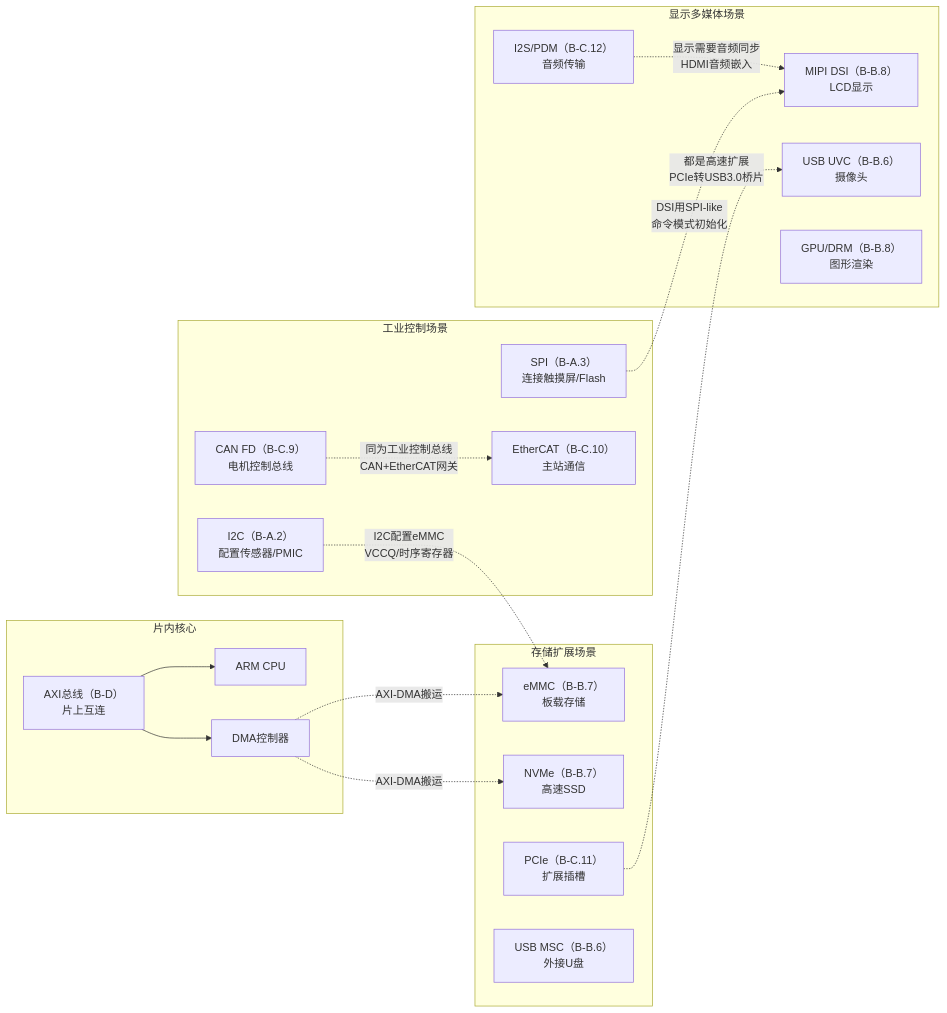
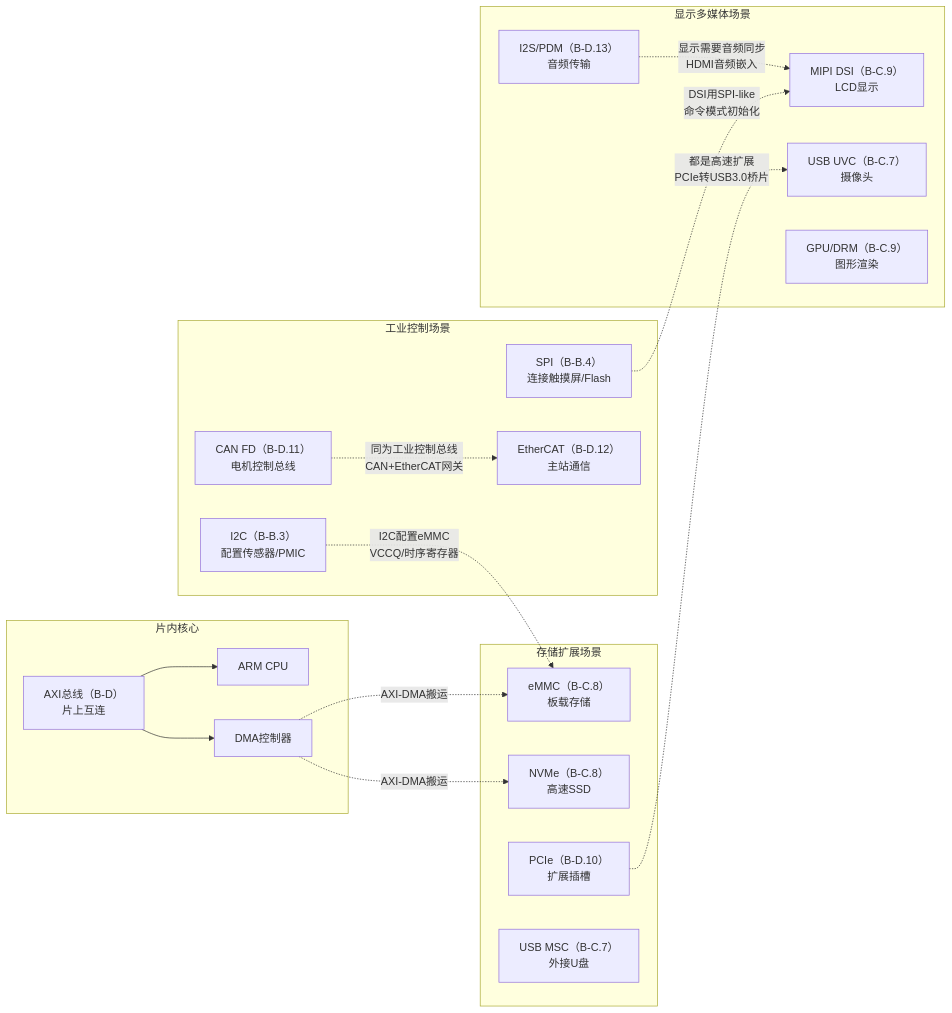
Before and after one commit to xiaohong0925/Embedded_Knowledge_System_V2026: the second of 3 diagrams in docs/B. 总线协议/知识图谱/B.99_知识图谱.md, drawn with Mermaid. The commit also changed other lines of this file and 124 other files, not shown here.

````diff
--- a/docs/B. 总线协议/知识图谱/B.99_知识图谱.md
+++ b/docs/B. 总线协议/知识图谱/B.99_知识图谱.md
@@ -212,39 +212,39 @@
 ```mermaid
 flowchart LR
     subgraph INDUSTRIAL["工业控制场景"]
-        I2C["I2C（B-A.2）<br/>配置传感器/PMIC"]
-        SPI["SPI（B-A.3）<br/>连接触摸屏/Flash"]
-        CAN["CAN FD（B-C.9）<br/>电机控制总线"]
-        ETH["EtherCAT（B-C.10）<br/>主站通信"]
+        I2C["I2C（B-B.3）<br/>配置传感器/PMIC"]
+        SPI["SPI（B-B.4）<br/>连接触摸屏/Flash"]
+        CAN["CAN FD（B-D.11）<br/>电机控制总线"]
+        ETH["EtherCAT（B-D.12）<br/>主站通信"]
     end
 
     subgraph DISPLAY["显示多媒体场景"]
-        MIPI["MIPI DSI（B-B.8）<br/>LCD显示"]
-        I2S["I2S/PDM（B-C.12）<br/>音频传输"]
-        USB_UVC["USB UVC（B-B.6）<br/>摄像头"]
-        GPU["GPU/DRM（B-B.8）<br/>图形渲染"]
+        MIPI["MIPI DSI（B-C.9）<br/>LCD显示"]
+        I2S["I2S/PDM（B-D.13）<br/>音频传输"]
+        USB_UVC["USB UVC（B-C.7）<br/>摄像头"]
+        GPU["GPU/DRM（B-C.9）<br/>图形渲染"]
     end
 
     subgraph STORAGE["存储扩展场景"]
-        EMMC["eMMC（B-B.7）<br/>板载存储"]
-        NVME["NVMe（B-B.7）<br/>高速SSD"]
-        PCIE["PCIe（B-C.11）<br/>扩展插槽"]
-        USB_MSC["USB MSC（B-B.6）<br/>外接U盘"]
+        EMMC["eMMC（B-C.8）<br/>板载存储"]
+        NVME["NVMe（B-C.8）<br/>高速SSD"]
+        PCIE["PCIe（B-D.10）<br/>扩展插槽"]
+        USB_MSC["USB MSC（B-C.7）<br/>外接U盘"]
     end
 
     subgraph CORE["片内核心"]
         AXI["AXI总线（B-D）<br/>片上互连"]
         CPU["ARM CPU"]
         DMA["DMA控制器"]
     end
 
     I2C -.->|"I2C配置eMMC<br/>VCCQ/时序寄存器"| EMMC
     SPI -.->|"DSI用SPI-like<br/>命令模式初始化"| MIPI
     CAN -.->|"同为工业控制总线<br/>CAN+EtherCAT网关"| ETH
     PCIE -.->|"都是高速扩展<br/>PCIe转USB3.0桥片"| USB_UVC
     I2S -.->|"显示需要音频同步<br/>HDMI音频嵌入"| MIPI
     AXI --> CPU
     AXI --> DMA
     DMA -.->|"AXI-DMA搬运"| EMMC
     DMA -.->|"AXI-DMA搬运"| NVME
 ```
````
